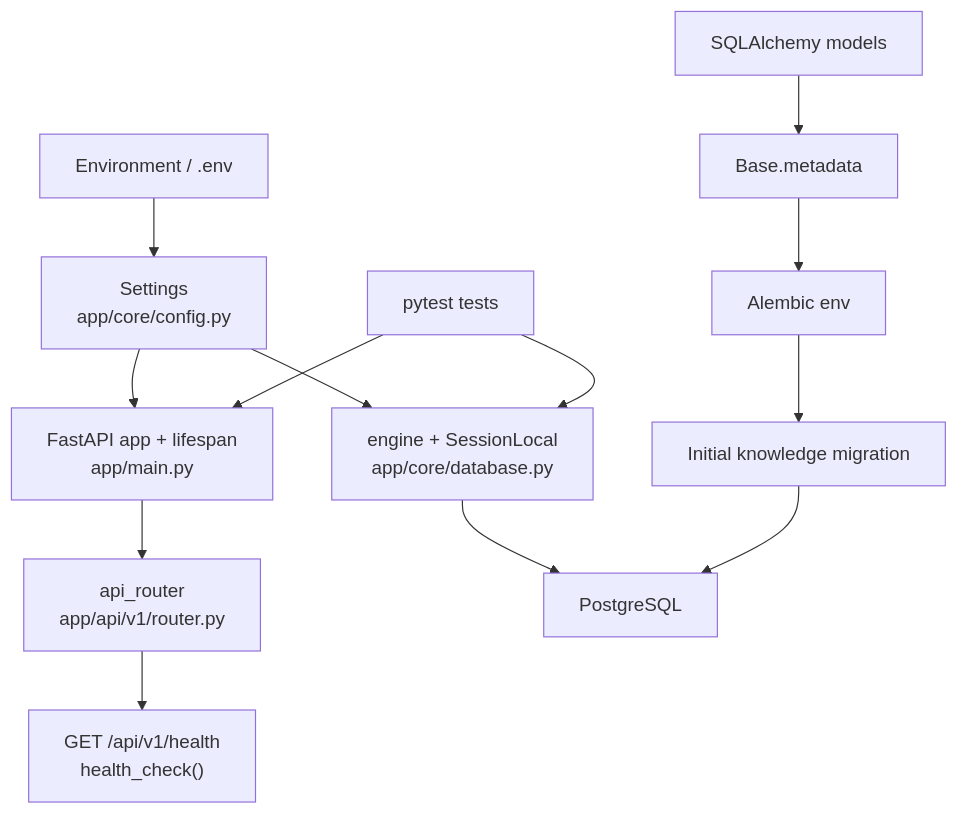
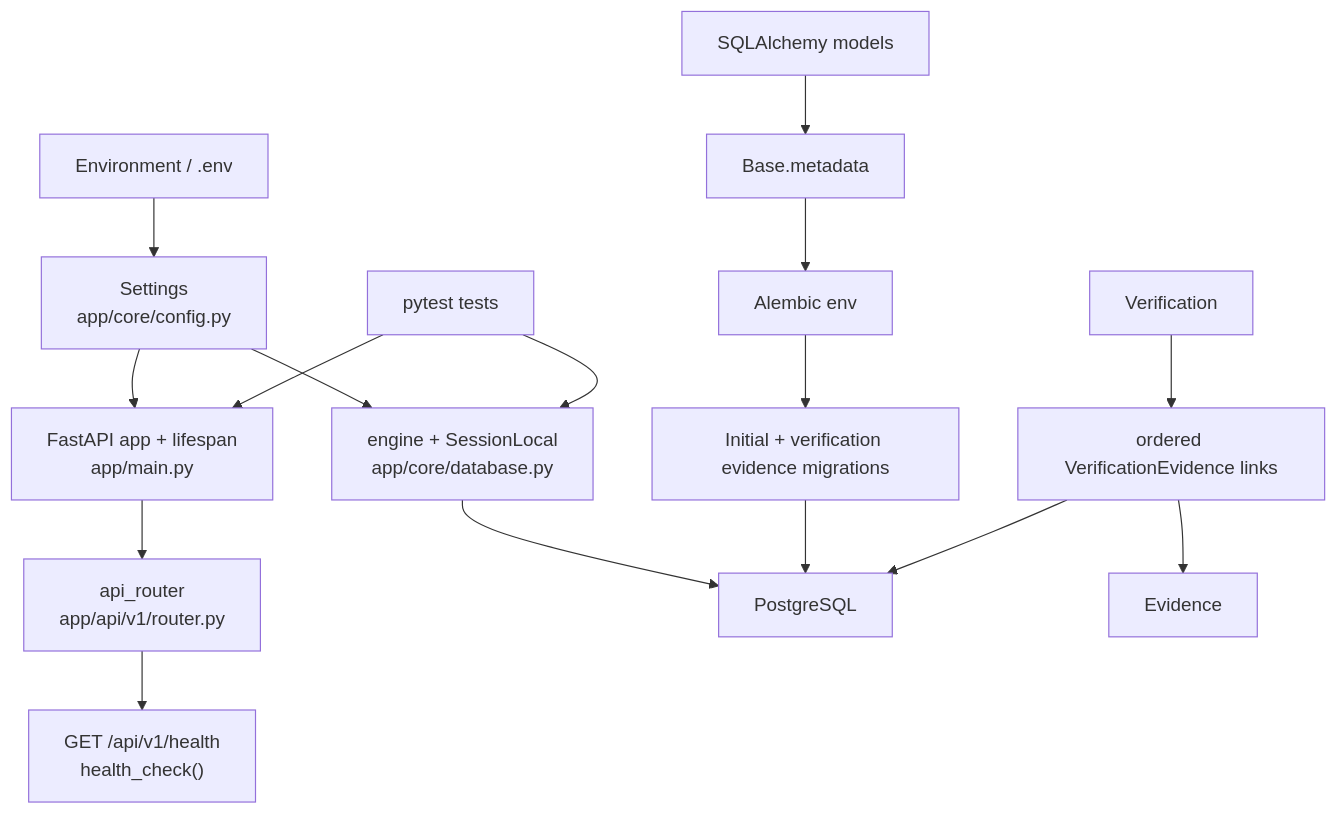
Before and after one commit to Dyuti60/assam-exam-ai: the diagram in docs/workflow.md, drawn with Mermaid. The commit also changed other lines of this file and 9 other files, not shown here.

Commit message:
feat: preserve verification evidence provenance

````diff
--- a/docs/workflow.md
+++ b/docs/workflow.md
@@ -9,15 +9,18 @@
 ```mermaid
 flowchart TD
     ENV["Environment / .env"] --> CFG["Settings\napp/core/config.py"]
     CFG --> APP["FastAPI app + lifespan\napp/main.py"]
     CFG --> DB["engine + SessionLocal\napp/core/database.py"]
     APP --> V1["api_router\napp/api/v1/router.py"]
     V1 --> HEALTH["GET /api/v1/health\nhealth_check()"]
     DB --> POSTGRES["PostgreSQL"]
     MODELS["SQLAlchemy models"] --> META["Base.metadata"]
     META --> ALEMBIC["Alembic env"]
-    ALEMBIC --> MIGRATION["Initial knowledge migration"]
+    ALEMBIC --> MIGRATION["Initial + verification evidence migrations"]
     MIGRATION --> POSTGRES
+    VERIFICATION["Verification"] --> LINKS["ordered VerificationEvidence links"]
+    LINKS --> EVIDENCE["Evidence"]
+    LINKS --> POSTGRES
     TESTS["pytest tests"] --> APP
     TESTS --> DB
 ```
````
